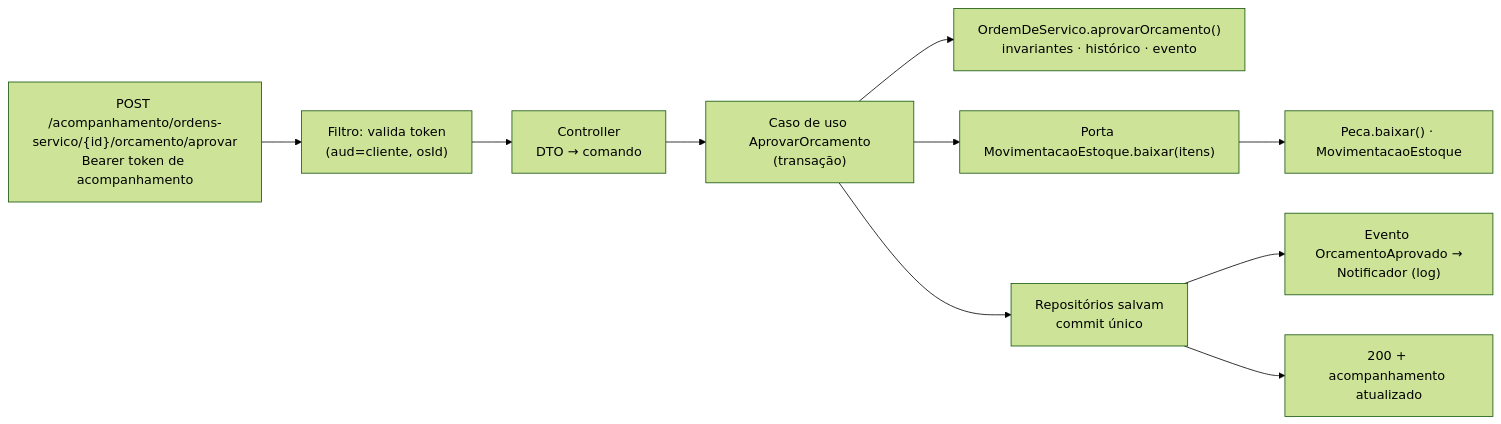
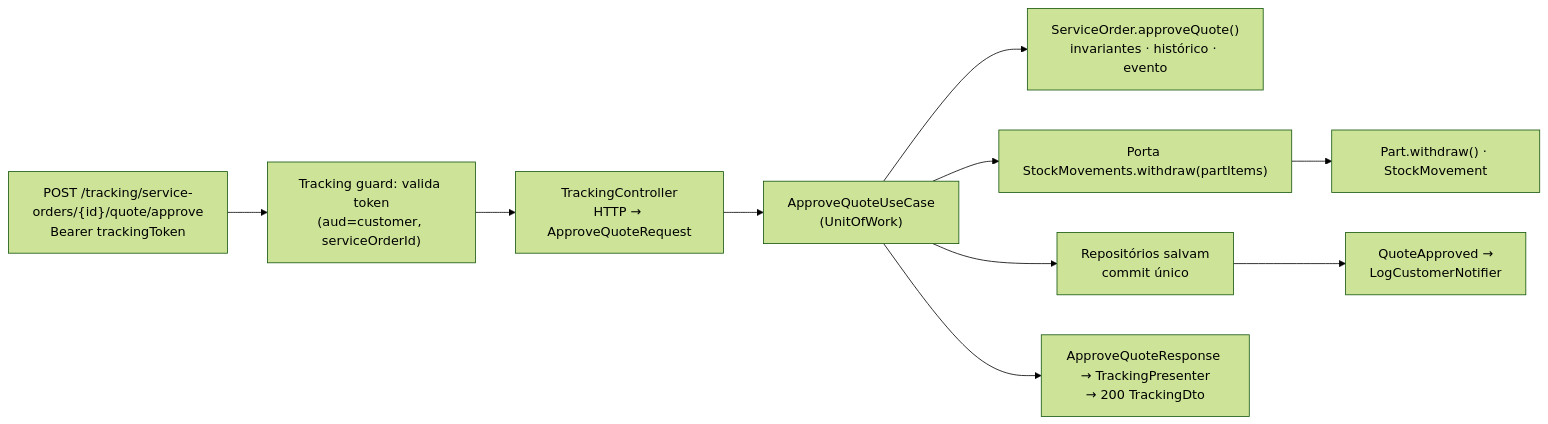
One commit to HermandoThiago/FIAP-SOAT changed the fourth of 4 diagrams in docs/04-arquitetura/visao-geral.md. Above: the diagram before and after it, drawn with Mermaid (forest theme). The commit also changed other lines of this file and 42 other files, not shown here.

````diff
--- a/docs/04-arquitetura/visao-geral.md
+++ b/docs/04-arquitetura/visao-geral.md
@@ -110,12 +111,12 @@
 ```mermaid
 flowchart LR
-    R["POST /acompanhamento/ordens-servico/{id}/orcamento/aprovar<br/>Bearer token de acompanhamento"] --> F["Filtro: valida token<br/>(aud=cliente, osId)"]
-    F --> C["Controller<br/>DTO → comando"]
-    C --> U["Caso de uso AprovarOrcamento<br/>(transação)"]
-    U --> D["OrdemDeServico.aprovarOrcamento()<br/>invariantes · histórico · evento"]
-    U --> E["Porta MovimentacaoEstoque.baixar(itens)"]
-    E --> P["Peca.baixar() · MovimentacaoEstoque"]
+    R["POST /tracking/service-orders/{id}/quote/approve<br/>Bearer trackingToken"] --> F["Tracking guard: valida token<br/>(aud=customer, serviceOrderId)"]
+    F --> C["TrackingController<br/>HTTP → ApproveQuoteRequest"]
+    C --> U["ApproveQuoteUseCase<br/>(UnitOfWork)"]
+    U --> D["ServiceOrder.approveQuote()<br/>invariantes · histórico · evento"]
+    U --> E["Porta StockMovements.withdraw(partItems)"]
+    E --> P["Part.withdraw() · StockMovement"]
     U --> S["Repositórios salvam<br/>commit único"]
-    S --> N["Evento OrcamentoAprovado →<br/>Notificador (log)"]
-    S --> O["200 + acompanhamento atualizado"]
+    S --> N["QuoteApproved →<br/>LogCustomerNotifier"]
+    U --> O["ApproveQuoteResponse → TrackingPresenter<br/>→ 200 TrackingDto"]
 ```
````
